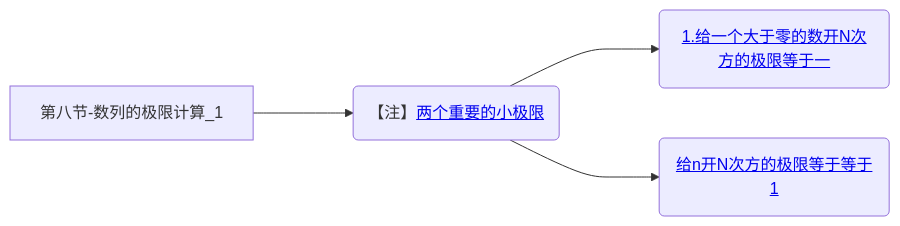
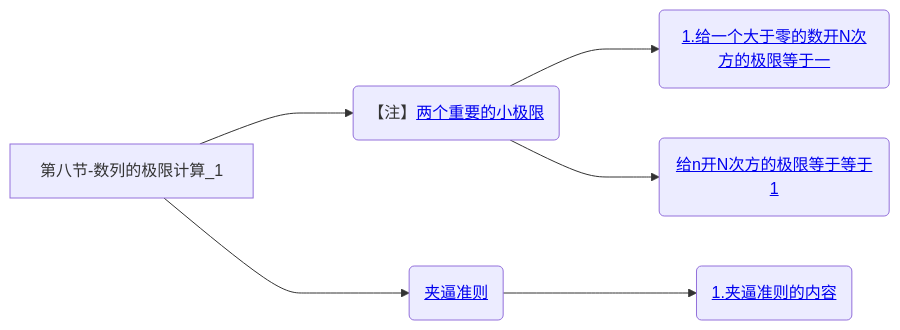
Before and after one commit to yuebinghui/note: the eighth of 8 diagrams in 笔记/数学/周洋鑫/01.基础班思维导图.md, drawn with Mermaid. The commit also changed 10 other files, not shown here.

````diff
--- a/笔记/数学/周洋鑫/01.基础班思维导图.md
+++ b/笔记/数学/周洋鑫/01.基础班思维导图.md
@@ -311,8 +311,11 @@
 ```mermaid
 graph LR
 第八节-数列的极限计算_1
 
 第八节-数列的极限计算_1--->两个重要的小极限(【注】<a href="/Users/yuebinghui/Documents/program/github/note/笔记/数学/周洋鑫/基础班/08.数列的极限计算_1.md#两个重要的小极限">两个重要的小极限</>)
 两个重要的小极限--->1.给一个大于零的数开N次方的极限等于一(<a href="/Users/yuebinghui/Documents/program/github/note/笔记/数学/周洋鑫/基础班/08.数列的极限计算_1.md#1.给一个大于零的数开N次方的极限等于一">1.给一个大于零的数开N次方的极限等于一</>)
 两个重要的小极限--->给n开N次方的极限等于等于1(<a href="/Users/yuebinghui/Documents/program/github/note/笔记/数学/周洋鑫/基础班/08.数列的极限计算_1.md#给n开N次方的极限等于等于1">给n开N次方的极限等于等于1</>)
+
+第八节-数列的极限计算_1--->夹逼准则(<a href="/Users/yuebinghui/Documents/program/github/note/笔记/数学/周洋鑫/基础班/08.数列的极限计算_1.md#夹逼准则">夹逼准则</>)
+夹逼准则--->1.夹逼准则的内容(<a href="/Users/yuebinghui/Documents/program/github/note/笔记/数学/周洋鑫/基础班/08.数列的极限计算_1.md#1.夹逼准则的内容">1.夹逼准则的内容</>)
 ```
````
